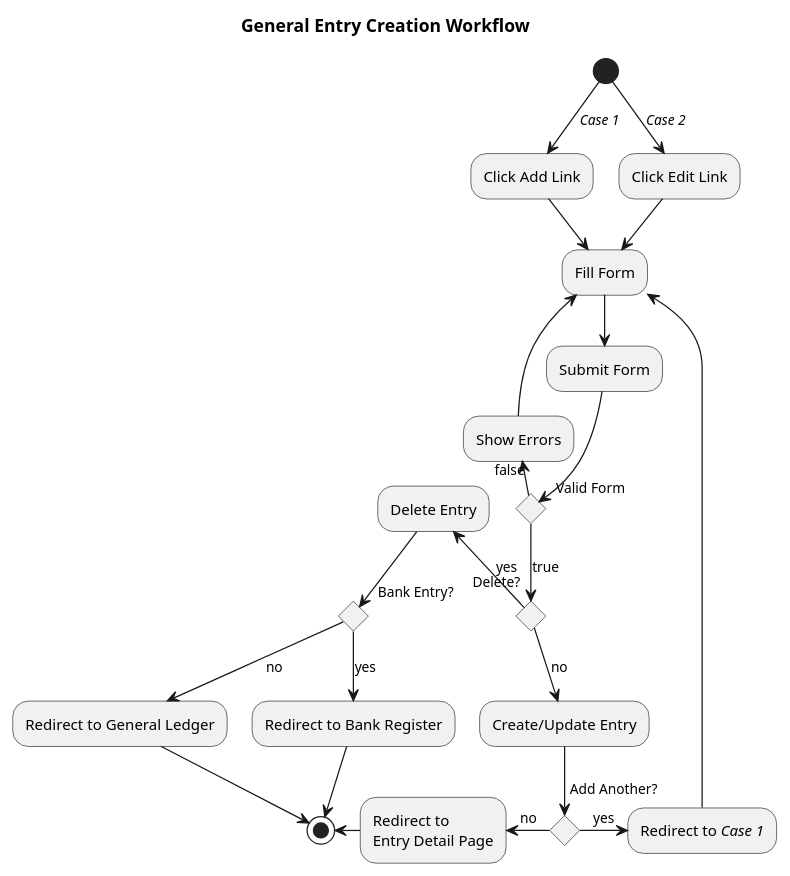
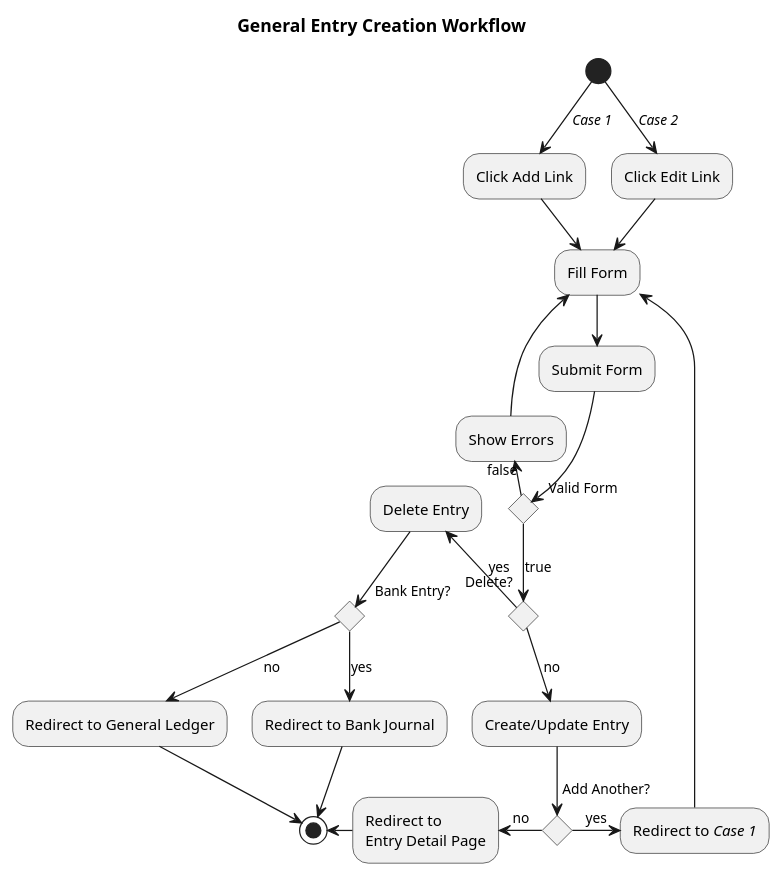
One commit to prikhi/AcornAccounting changed the second of 3 diagrams in docs/source/specs/design/screens.rst. Above: the diagram before and after it, drawn with PlantUML. The commit also changed other lines of this file and 44 other files, not shown here.

```diff
--- a/docs/source/specs/design/screens.rst
+++ b/docs/source/specs/design/screens.rst
@@ -916,34 +916,34 @@
 .. uml::
     :includegraphics: scale=.55
 
     title General Entry Creation Workflow
 
     (*) -->[<i>Case 1</i>] "Click Add Link"
     --> "Fill Form"
     (*) -->[<i>Case 2</i>] "Click Edit Link"
     --> "Fill Form"
     --> "Submit Form"
     if "Valid Form" then
         -->[true] if "Delete?" then
             -l->[yes] "Delete Entry"
             if "Bank Entry?" then
-                -->[yes] "Redirect to Bank Register"
+                -->[yes] "Redirect to Bank Journal"
                 --> (*)
             else
                 -->[no] "Redirect to General Ledger"
                 --> (*)
             endif
         else
             -->[no] "Create/Update Entry"
             --> if "Add Another?" then
                 ->[yes] "Redirect to <i>Case 1</i>"
                 --> "Fill Form"
             else
                 -l->[no] "Redirect to\nEntry Detail Page"
                 -l-> (*)
             endif
         endif
     else
         -l->[false] "Show Errors"
         -u-> "Fill Form"
     endif
```
